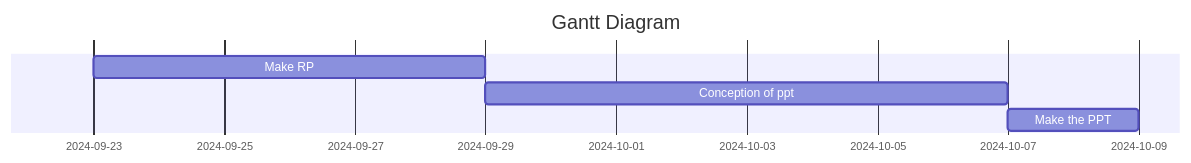
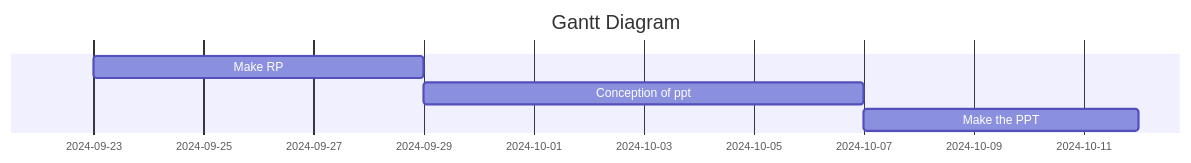
The diagram in all/代码甘特图.md (safwasd/iodraw-files), drawn with Mermaid before and after one commit.

Commit message:
2024-09-28 15:01:41 update

````diff
--- a/all/代码甘特图.md
+++ b/all/代码甘特图.md
@@ -1,11 +1,11 @@
 ```mermaid
 gantt
     title Gantt Diagram
     dateFormat  YYYY-MM-DD
     section  
     Make RP          :a1, 2024-09-23, 6d
     Conception of ppt     :a2, after a1  , 8d
-    Make the PPT      : a3, after a2 , 2d
+    Make the PPT      : a3, after a2 , 5d
     
             
 ```
````
